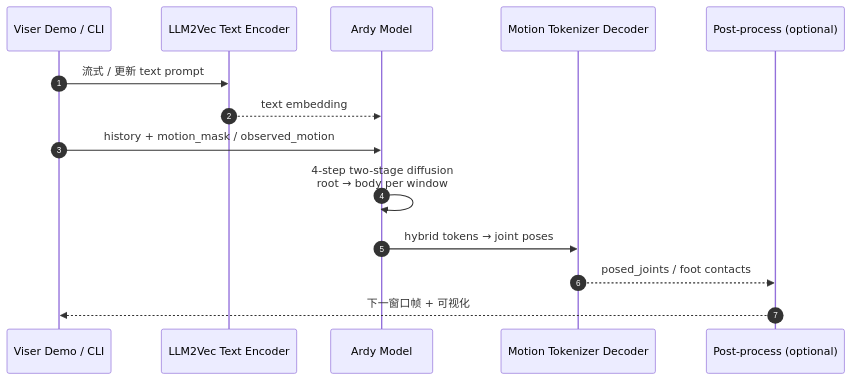
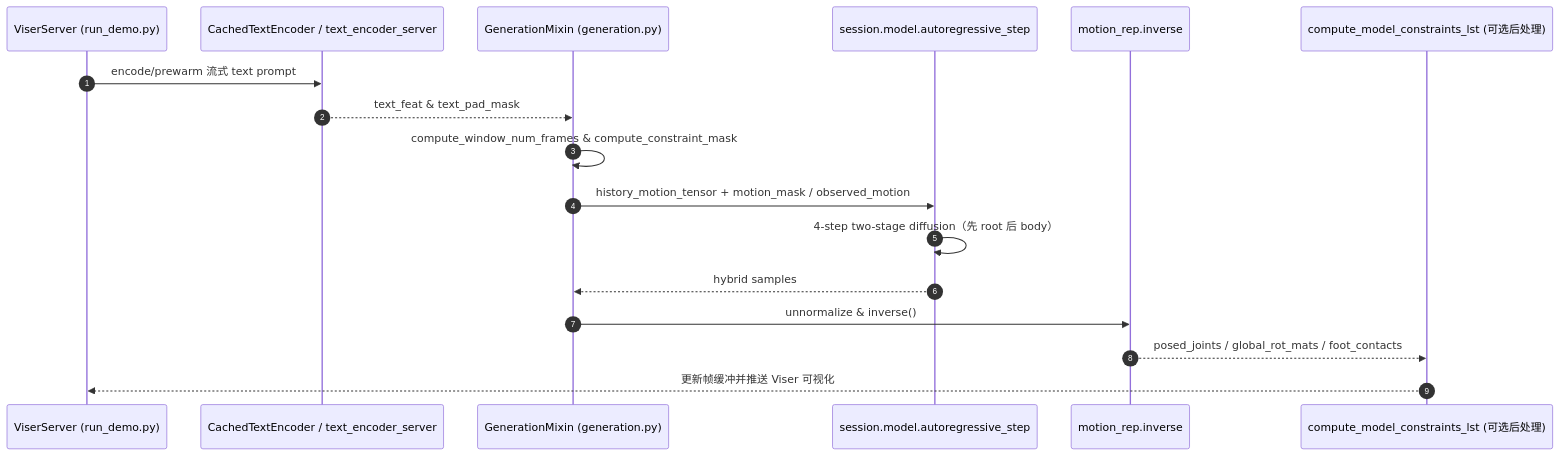
The second of 2 diagrams in wiki/entities/ardy.md (ImChong/Robotics_Notebooks), drawn with Mermaid before and after one commit. The commit also changed other lines of this file and 70 other files, not shown here.

Commit message:
docs(quality): 推进 #3490 将 depth-motion-generation 25 个节点健康度升至 3/3

````diff
--- a/wiki/entities/ardy.md
+++ b/wiki/entities/ardy.md
@@ -104,17 +108,20 @@
 ```mermaid
 sequenceDiagram
   autonumber
-  participant UI as Viser Demo / CLI
-  participant TE as LLM2Vec Text Encoder
-  participant AR as Ardy Model
-  participant Dec as Motion Tokenizer Decoder
-  participant PP as Post-process (optional)
+  participant UI as ViserServer (run_demo.py)
+  participant TE as CachedTextEncoder / text_encoder_server
+  participant GM as GenerationMixin (generation.py)
+  participant AR as session.model.autoregressive_step
+  participant MR as motion_rep.inverse
+  participant PP as compute_model_constraints_lst (可选后处理)
 
-  UI->>TE: 流式 / 更新 text prompt
-  TE-->>AR: text embedding
-  UI->>AR: history + motion_mask / observed_motion
-  AR->>AR: 4-step two-stage diffusion<br/>root → body per window
-  AR->>Dec: hybrid tokens → joint poses
-  Dec-->>PP: posed_joints / foot contacts
-  PP-->>UI: 下一窗口帧 + 可视化
+  UI->>TE: encode/prewarm 流式 text prompt
+  TE-->>GM: text_feat & text_pad_mask
+  GM->>GM: compute_window_num_frames & compute_constraint_mask
+  GM->>AR: history_motion_tensor + motion_mask / observed_motion
+  AR->>AR: 4-step two-stage diffusion（先 root 后 body）
+  AR-->>GM: hybrid samples
+  GM->>MR: unnormalize & inverse()
+  MR-->>PP: posed_joints / global_rot_mats / foot_contacts
+  PP-->>UI: 更新帧缓冲并推送 Viser 可视化
 ```
````
